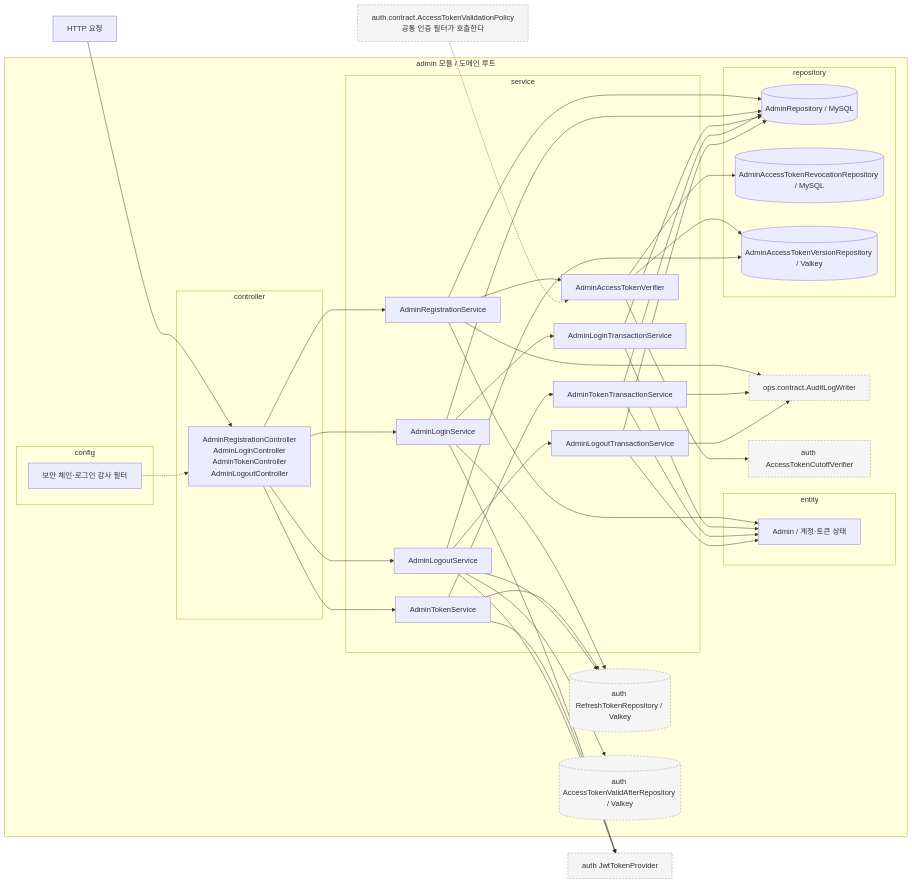
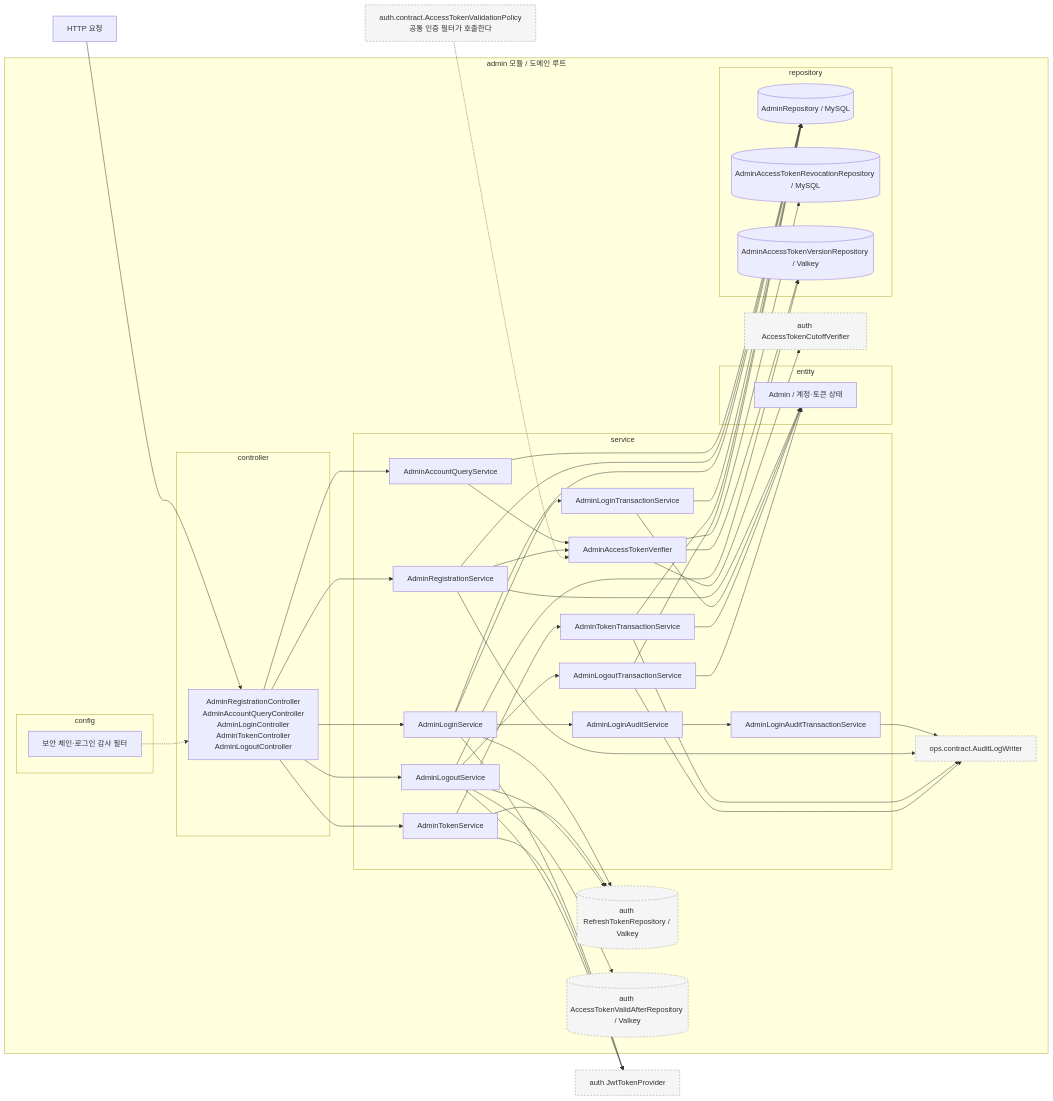
Before and after one commit to lunch-catch/lc-backend: the first of 5 diagrams in docs/design/admin/admin_구조와_동작_설계.md, drawn with Mermaid. The commit also changed other lines of this file and 5 other files, not shown here.

````diff
--- a/docs/design/admin/admin_구조와_동작_설계.md
+++ b/docs/design/admin/admin_구조와_동작_설계.md
@@ -129,70 +140,79 @@
 ```mermaid
 flowchart LR
     HTTP[HTTP 요청] --> C
     subgraph admin[admin 모듈 / 도메인 루트]
         subgraph cfg[config]
             SEC[보안 체인·로그인 감사 필터]
         end
         subgraph ctl[controller]
-            C["AdminRegistrationController<br/>AdminLoginController<br/>AdminTokenController<br/>AdminLogoutController"]
+            C["AdminRegistrationController<br/>AdminAccountQueryController<br/>AdminLoginController<br/>AdminTokenController<br/>AdminLogoutController"]
         end
         subgraph svc[service]
+            QUERY[AdminAccountQueryService]
+            LA[AdminLoginAuditService]
+            LATX[AdminLoginAuditTransactionService]
             REG[AdminRegistrationService]
             LOGIN[AdminLoginService]
             TOKEN[AdminTokenService]
             LOGOUT[AdminLogoutService]
             LTX[AdminLoginTransactionService]
             TTX[AdminTokenTransactionService]
             OTX[AdminLogoutTransactionService]
             P[AdminAccessTokenVerifier]
         end
         subgraph ent[entity]
             A[Admin / 계정·토큰 상태]
         end
         subgraph repo[repository]
             DB[(AdminRepository / MySQL)]
             REV[(AdminAccessTokenRevocationRepository / MySQL)]
             V[(AdminAccessTokenVersionRepository / Valkey)]
         end
+        C --> QUERY
+        QUERY --> P
+        QUERY --> DB
+        LOGIN --> LA
+        LA --> LATX
+        LATX --> AUDIT
         C --> REG
         C --> LOGIN
         C --> TOKEN
         C --> LOGOUT
         REG --> DB
         REG --> A
         REG --> AUDIT
         REG --> P
         LOGIN --> DB
         LOGIN --> LTX
         TOKEN --> TTX
         LOGOUT --> OTX
         LTX --> A
         LTX --> DB
         TTX --> A
         TTX --> DB
         TTX --> AUDIT
         OTX --> A
         OTX --> DB
         OTX --> AUDIT
         P --> REV
         P --> V
         P --> LEGACY
         LOGIN --> RT
         TOKEN --> RT
         LOGOUT --> RT
         LOGOUT --> V
         LOGOUT --> CUT
     end
     POLICY["auth.contract.AccessTokenValidationPolicy<br/>공통 인증 필터가 호출한다"] -.-> P
     AUDIT[ops.contract.AuditLogWriter]
     RT[(auth RefreshTokenRepository / Valkey)]
     LEGACY[auth AccessTokenCutoffVerifier]
     CUT[(auth AccessTokenValidAfterRepository / Valkey)]
     JWT[auth JwtTokenProvider]
     LOGIN --> JWT
     TOKEN --> JWT
     LOGOUT --> JWT
     SEC -.-> C
     classDef external fill:#f5f5f5,stroke:#999,stroke-dasharray:4 3
     class POLICY,AUDIT,RT,CUT,LEGACY,JWT external
 ```
````
